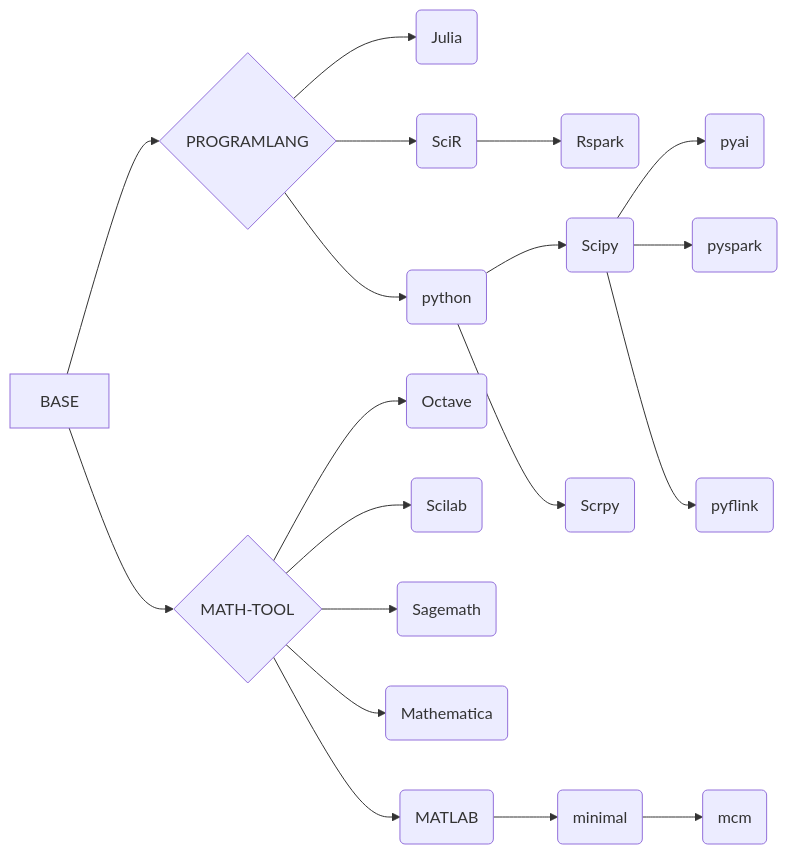
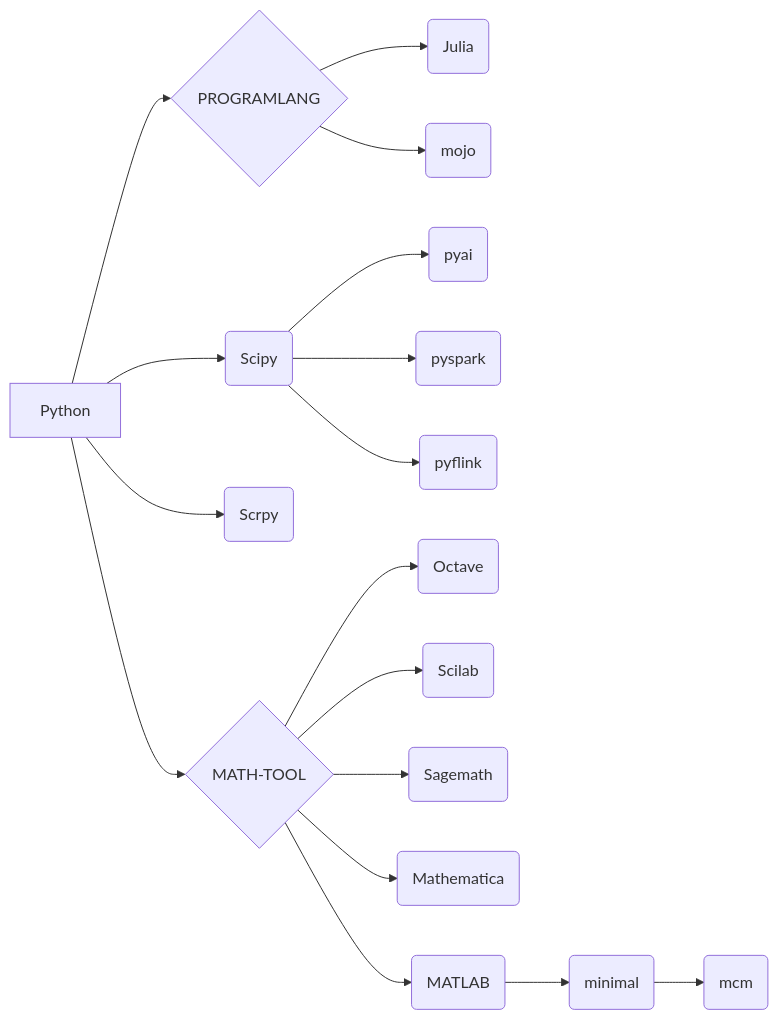
One commit to ben0i0d/jupyter changed the diagram in README_CN.md. Above: the diagram before and after it, drawn with Mermaid. The commit also changed other lines of this file and 5 other files, not shown here.

````diff
--- a/README_CN.md
+++ b/README_CN.md
@@ -85,17 +83,16 @@
 ```mermaid
 graph LR
-BASE-->PROGRAM{PROGRAMLANG}
+Python-->PROGRAM{PROGRAMLANG}
 PROGRAM-->PC(Julia)
-PROGRAM-->PD(SciR)-->PDA(Rspark)
-PROGRAM-->PR(python)
-PR-->PRA(Scipy)
-PR-->PRB(Scrpy)
+PROGRAM-->PR(mojo)
+Python-->PRA(Scipy)
+Python-->PRB(Scrpy)
 PRA-->PRAA(pyai)  
 PRA-->PRAB(pyspark)  
 PRA-->PRAC(pyflink)  
-BASE-->MATH{MATH-TOOL}-->MA(Octave)
+Python-->MATH{MATH-TOOL}-->MA(Octave)
 MATH-->MB(Scilab)
 MATH-->MC(Sagemath)
 MATH-->ME(Mathematica)
 MATH-->MD(MATLAB)-->MDA(minimal)-->MDAA(mcm)
 ```
````
